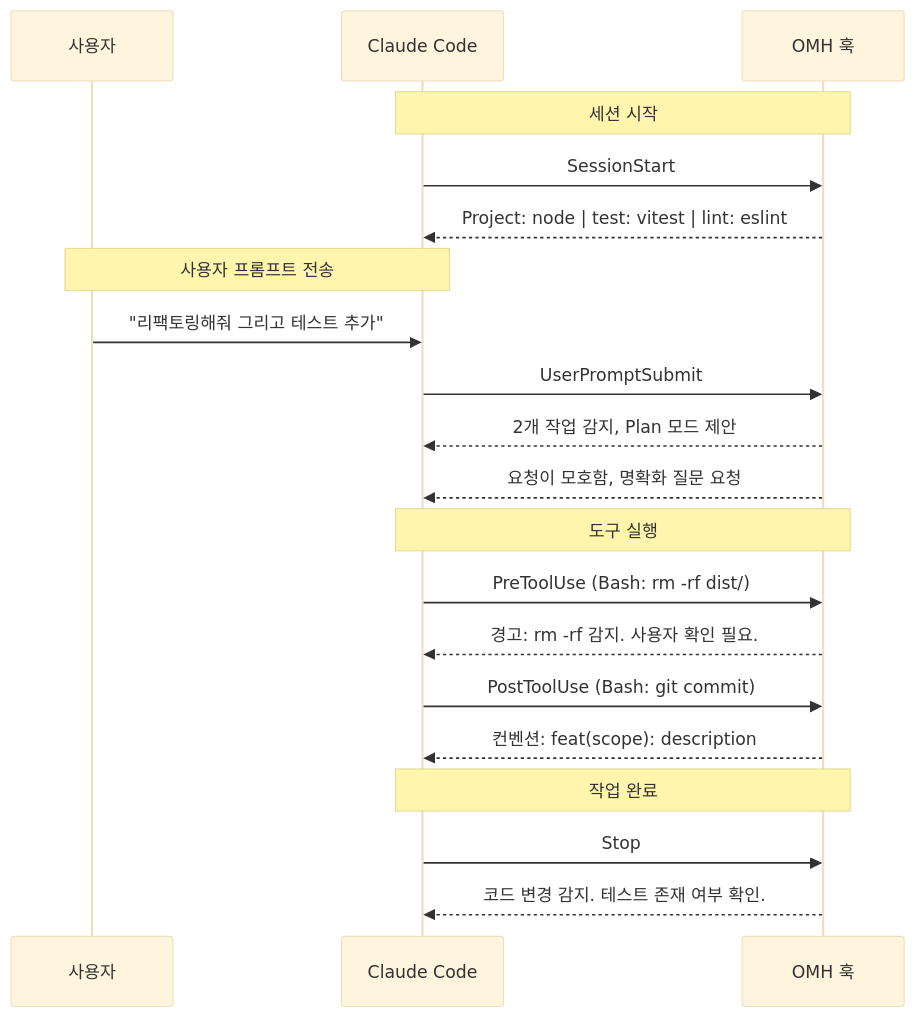
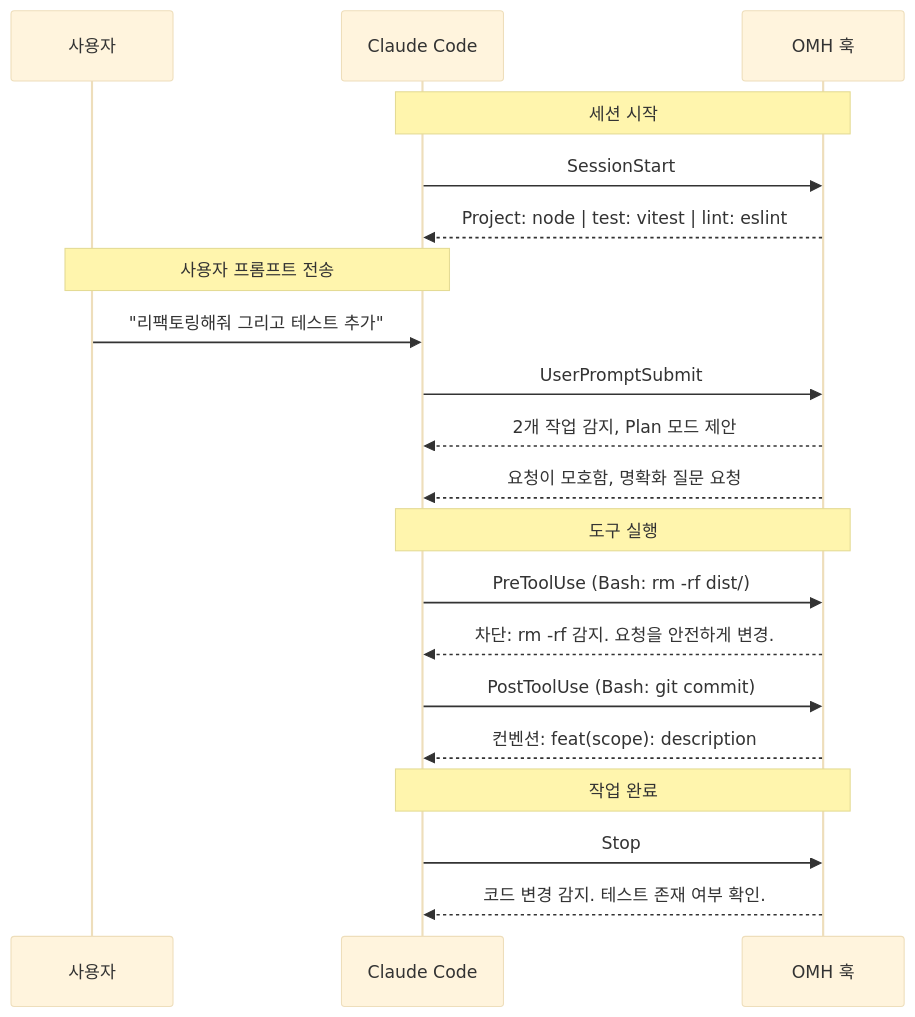
Before and after one commit to Hoya324/oh-my-harness: the second of 3 diagrams in docs/architecture.ko.md, drawn with Mermaid (base theme). The commit also changed other lines of this file and 15 other files, not shown here.

````diff
--- a/docs/architecture.ko.md
+++ b/docs/architecture.ko.md
@@ -120,27 +124,27 @@
 ```mermaid
 sequenceDiagram
     participant U as 사용자
     participant CC as Claude Code
     participant OMH as OMH 훅
 
     Note over CC,OMH: 세션 시작
     CC->>OMH: SessionStart
     OMH-->>CC: Project: node | test: vitest | lint: eslint
 
     Note over U,CC: 사용자 프롬프트 전송
     U->>CC: "리팩토링해줘 그리고 테스트 추가"
     CC->>OMH: UserPromptSubmit
     OMH-->>CC: 2개 작업 감지, Plan 모드 제안
     OMH-->>CC: 요청이 모호함, 명확화 질문 요청
 
     Note over CC,OMH: 도구 실행
     CC->>OMH: PreToolUse (Bash: rm -rf dist/)
-    OMH-->>CC: 경고: rm -rf 감지. 사용자 확인 필요.
+    OMH-->>CC: 차단: rm -rf 감지. 요청을 안전하게 변경.
 
     CC->>OMH: PostToolUse (Bash: git commit)
     OMH-->>CC: 컨벤션: feat(scope): description
 
     Note over CC,OMH: 작업 완료
     CC->>OMH: Stop
     OMH-->>CC: 코드 변경 감지. 테스트 존재 여부 확인.
 ```
````
